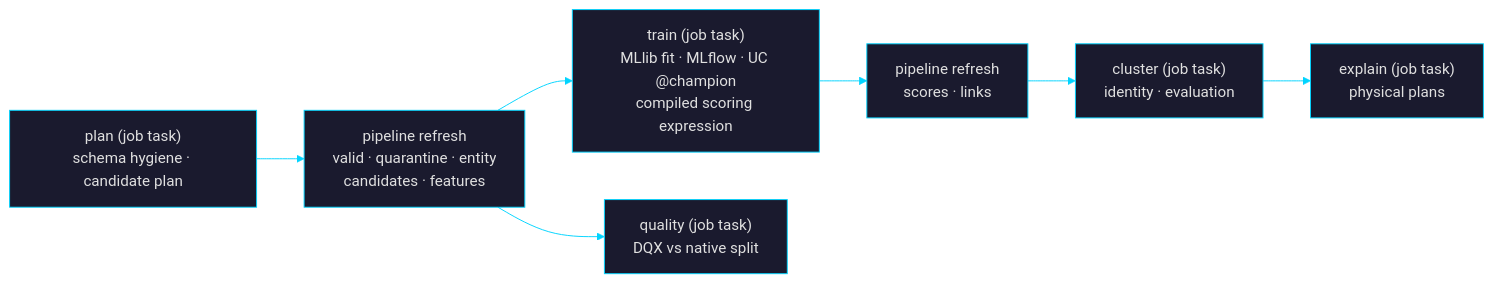
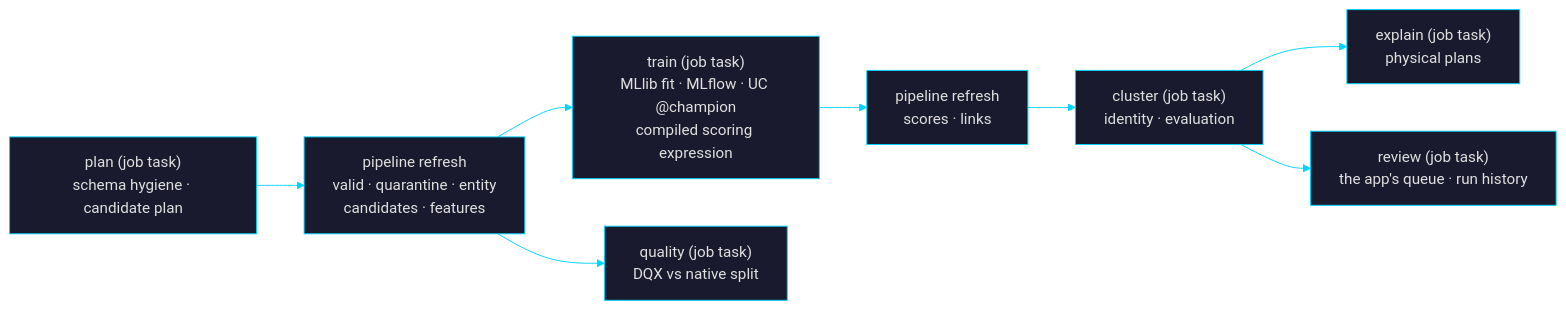
One commit to laurentfabre/lakematch changed the first of 2 diagrams in README.md. Above: the diagram before and after it, drawn with Mermaid. The commit also changed other lines of this file and 78 other files, not shown here.

````diff
--- a/README.md
+++ b/README.md
@@ -92,10 +93,11 @@
 ```mermaid
 %%{init: {'theme': 'base', 'themeVariables': {'primaryColor': '#1a1a2e', 'primaryTextColor': '#e0e0e0', 'primaryBorderColor': '#00d4ff', 'lineColor': '#00d4ff', 'secondaryColor': '#16213e', 'tertiaryColor': '#0f3460', 'fontFamily': 'monospace'}}}%%
 flowchart LR
   plan["plan (job task)<br/>schema hygiene · candidate plan"] --> p1["pipeline refresh<br/>valid · quarantine · entity<br/>candidates · features"]
   p1 --> train["train (job task)<br/>MLlib fit · MLflow · UC @champion<br/>compiled scoring expression"]
   p1 --> quality["quality (job task)<br/>DQX vs native split"]
   train --> p2["pipeline refresh<br/>scores · links"]
   p2 --> cluster["cluster (job task)<br/>identity · evaluation"]
   cluster --> explain["explain (job task)<br/>physical plans"]
+  cluster --> review["review (job task)<br/>the app's queue · run history"]
 ```
````
